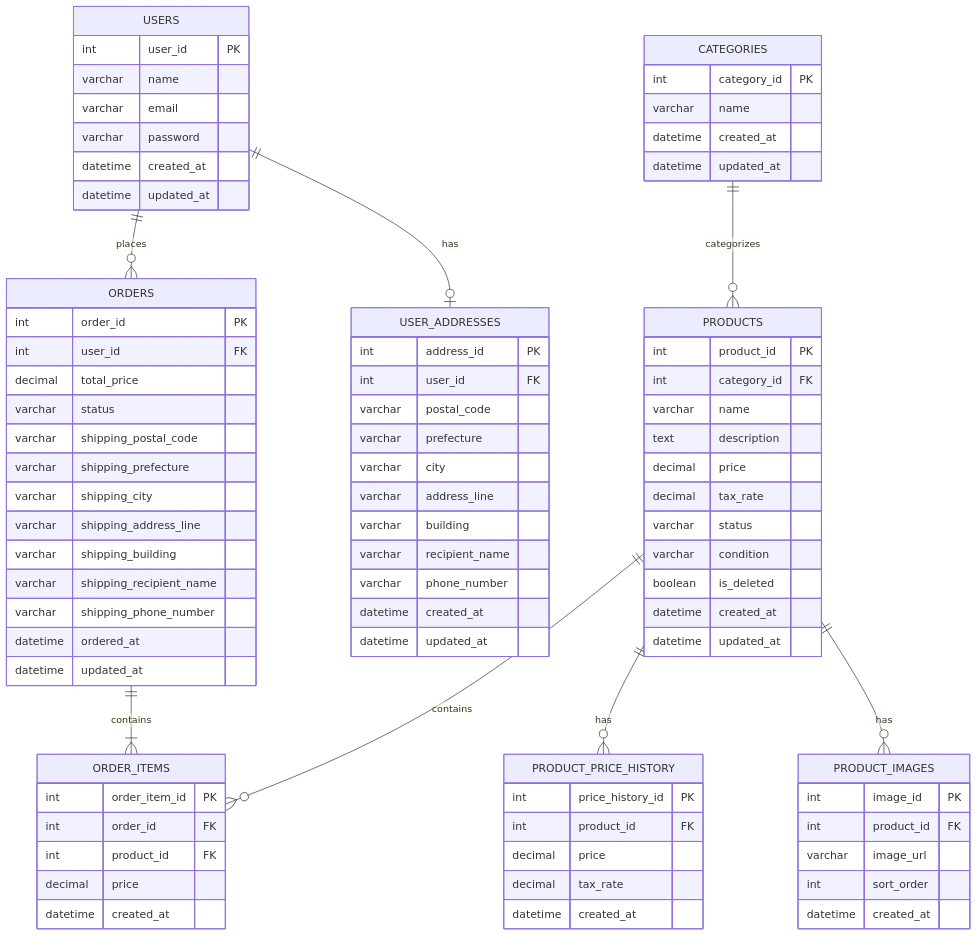
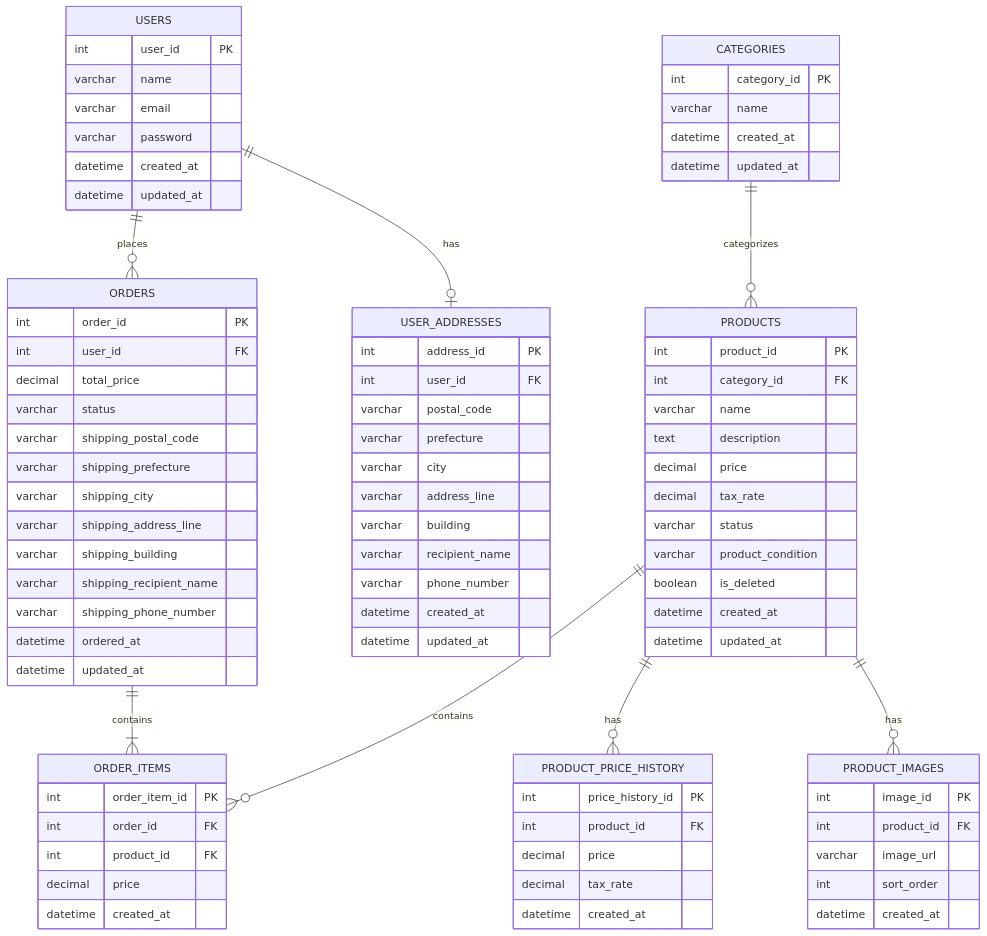
Before and after one commit to Amemiya0721/cycle-ec: the diagram in Cycle-ec/ER図.md, drawn with Mermaid. The commit also changed 22 other files, not shown here.

```diff
--- a/Cycle-ec/ER図.md
+++ b/Cycle-ec/ER図.md
@@ -51,7 +51,7 @@
         decimal price
         decimal tax_rate
         varchar status
-        varchar condition
+        varchar product_condition
         boolean is_deleted
         datetime created_at
         datetime updated_at
```
